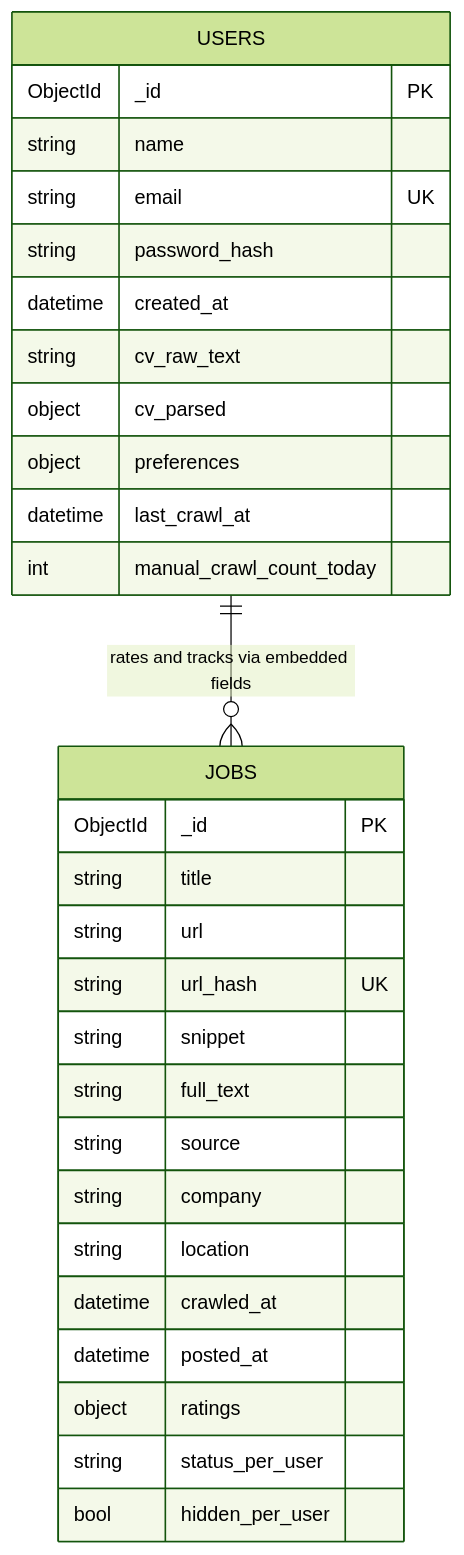
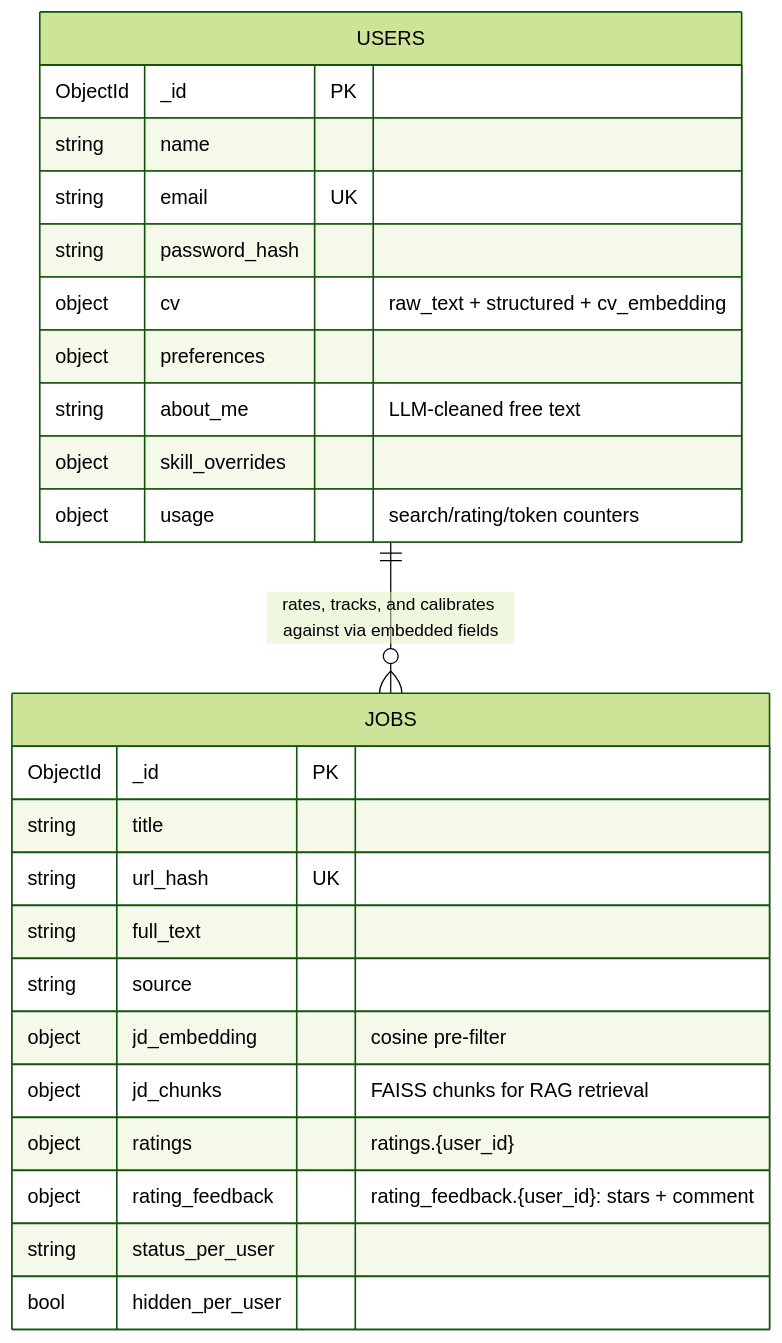
The second of 3 diagrams in README.md (itsmesaim/jobRadarAI), drawn with Mermaid (forest theme) before and after one commit. The commit also changed other lines of this file and 28 other files, not shown here.

````diff
--- a/README.md
+++ b/README.md
@@ -147,34 +76,30 @@
 ```mermaid
 erDiagram
     USERS {
         ObjectId _id PK
         string name
         string email UK
         string password_hash
-        datetime created_at
-        string cv_raw_text
-        object cv_parsed
+        object cv "raw_text + structured + cv_embedding"
         object preferences
-        datetime last_crawl_at
-        int manual_crawl_count_today
+        string about_me "LLM-cleaned free text"
+        object skill_overrides
+        object usage "search/rating/token counters"
     }
 
     JOBS {
         ObjectId _id PK
         string title
-        string url
         string url_hash UK
-        string snippet
         string full_text
         string source
-        string company
-        string location
-        datetime crawled_at
-        datetime posted_at
-        object ratings
+        object jd_embedding "cosine pre-filter"
+        object jd_chunks "FAISS chunks for RAG retrieval"
+        object ratings "ratings.{user_id}"
+        object rating_feedback "rating_feedback.{user_id}: stars + comment"
         string status_per_user
         bool hidden_per_user
     }
 
-    USERS ||--o{ JOBS : "rates and tracks via embedded fields"
+    USERS ||--o{ JOBS : "rates, tracks, and calibrates against via embedded fields"
 ```
````
